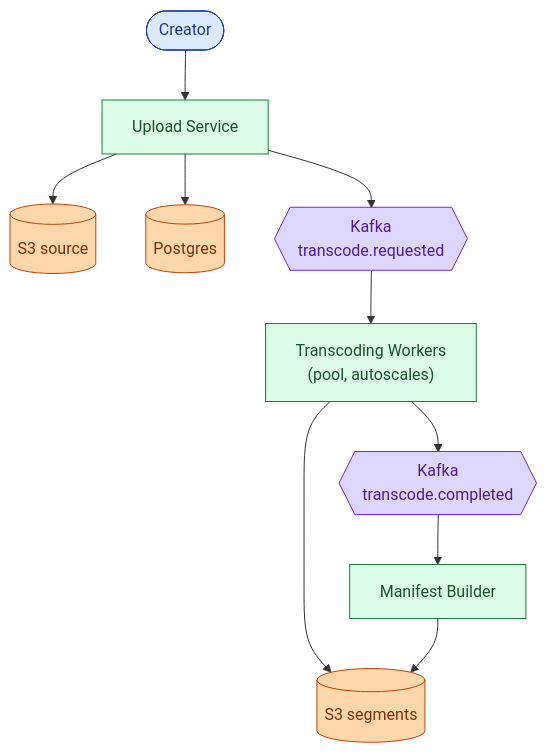
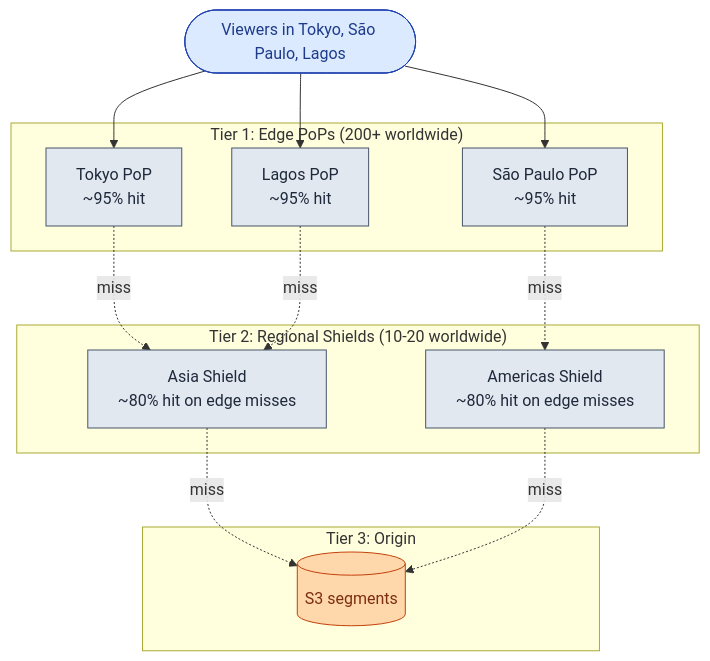
One commit to shiningflash/system-design changed the fifth of 11 diagrams in problems/006-video-streaming/question.md. Above: the diagram before and after it, drawn with Mermaid. The commit also changed other lines of this file and 37 other files, not shown here.

````diff
--- a/problems/006-video-streaming/question.md
+++ b/problems/006-video-streaming/question.md
@@ -233,17 +237,32 @@
 ```mermaid
 flowchart TB
-    C([Creator]):::user --> U["Upload Service"]:::app
-    U --> S3src[("S3 source")]:::db
-    U --> DB[("Postgres")]:::db
-    U --> K{{"Kafka<br/>transcode.requested"}}:::queue
-    K --> TW["Transcoding Workers<br/>(pool, autoscales)"]:::app
-    TW --> S3out[("S3 segments")]:::db
-    TW --> K2{{"Kafka<br/>transcode.completed"}}:::queue
-    K2 --> MB["Manifest Builder"]:::app
-    MB --> S3out
+    V(["Viewers in Tokyo, São Paulo, Lagos"]):::user
+
+    subgraph Tier1["Tier 1: Edge PoPs (200+ worldwide)"]
+        E1["Tokyo PoP<br/>~95% hit"]:::edge
+        E2["São Paulo PoP<br/>~95% hit"]:::edge
+        E3["Lagos PoP<br/>~95% hit"]:::edge
+    end
+
+    subgraph Tier2["Tier 2: Regional Shields (10-20 worldwide)"]
+        SH1["Asia Shield<br/>~80% hit on edge misses"]:::edge
+        SH2["Americas Shield<br/>~80% hit on edge misses"]:::edge
+    end
+
+    subgraph Tier3["Tier 3: Origin"]
+        S3out[("S3 segments")]:::db
+    end
+
+    V --> E1
+    V --> E2
+    V --> E3
+    E1 -.miss.-> SH1
+    E2 -.miss.-> SH2
+    E3 -.miss.-> SH1
+    SH1 -.miss.-> S3out
+    SH2 -.miss.-> S3out
 
     classDef user  fill:#dbeafe,stroke:#1e40af,color:#1e3a8a
-    classDef app   fill:#dcfce7,stroke:#15803d,color:#14532d
+    classDef edge  fill:#e2e8f0,stroke:#475569,color:#1e293b
     classDef db    fill:#fed7aa,stroke:#c2410c,color:#7c2d12
-    classDef queue fill:#ddd6fe,stroke:#6d28d9,color:#4c1d95
 ```
````
